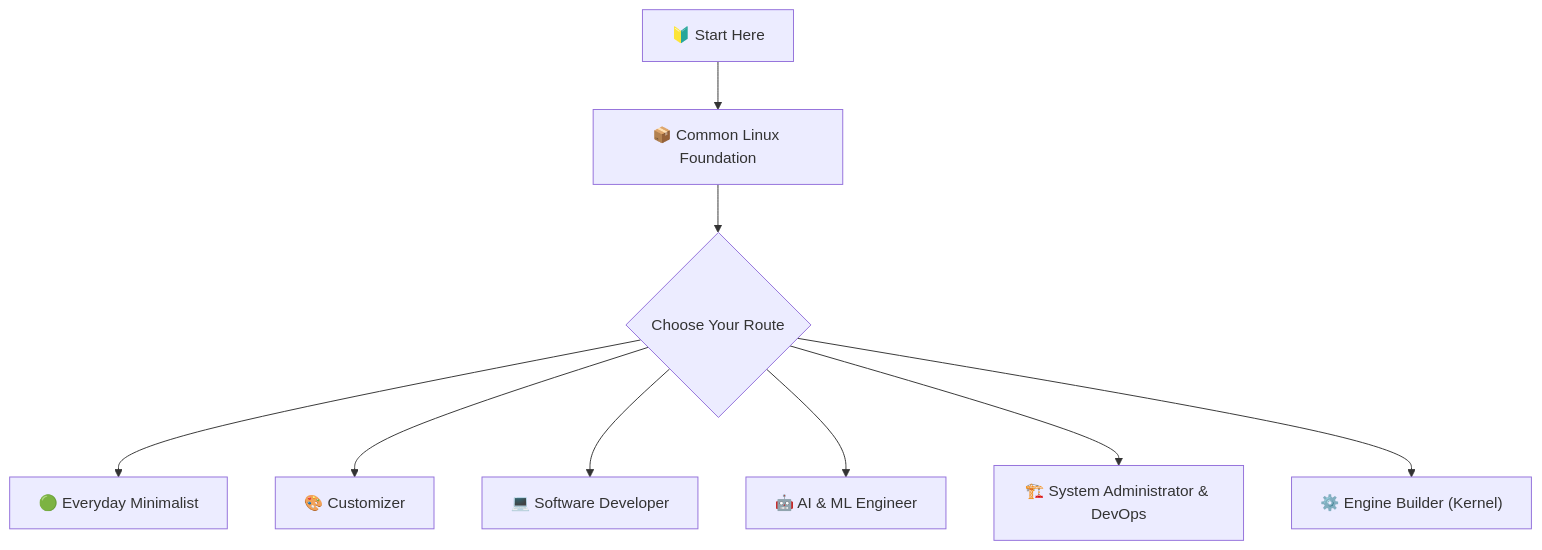
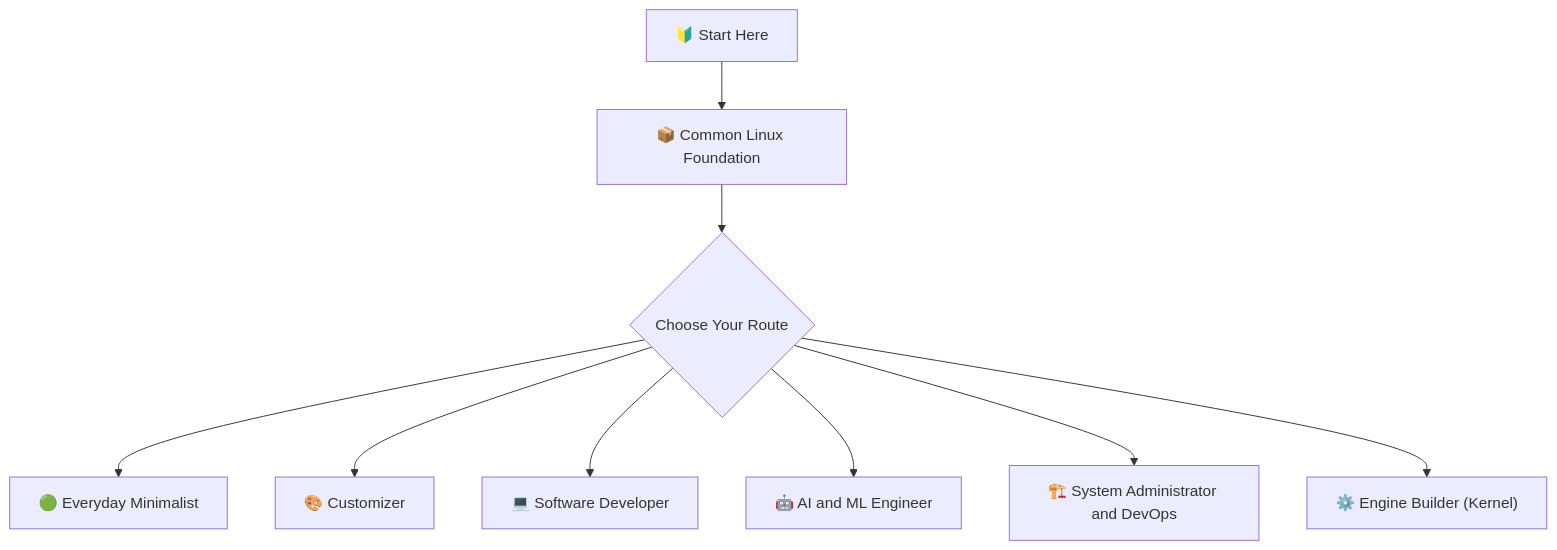
Before and after one commit to Harshajaya13/Foss-Club: the first of 7 diagrams in 02 - Building Your Foundation/01 - The Roadmap.md, drawn with Mermaid. The commit also changed other lines of this file and 3 other files, not shown here.

Commit message:
fix raw ampersands in Mermaid and link contributing guide prominently in README

````diff
--- a/02 - Building Your Foundation/01 - The Roadmap.md
+++ b/02 - Building Your Foundation/01 - The Roadmap.md
@@ -27,13 +27,13 @@
 ```mermaid
 graph TD
     Start["🔰 Start Here"] --> Base["📦 Common Linux Foundation"]
     
     Base --> Path{Choose Your Route}
     
     Path --> Min["🟢 Everyday Minimalist"]
     Path --> Cust["🎨 Customizer"]
     Path --> Dev["💻 Software Developer"]
-    Path --> AI["🤖 AI & ML Engineer"]
-    Path --> Admin["🏗️ System Administrator & DevOps"]
+    Path --> AI["🤖 AI and ML Engineer"]
+    Path --> Admin["🏗️ System Administrator and DevOps"]
     Path --> Eng["⚙️ Engine Builder (Kernel)"]
 ```
````
